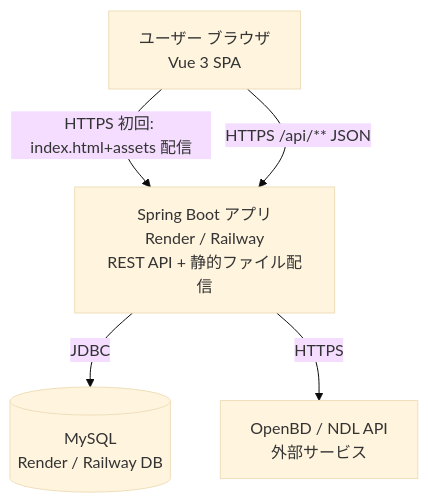
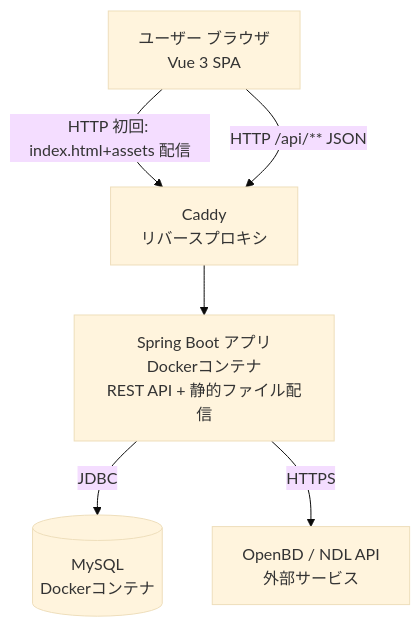
Before and after one commit to ichi-269/Bukuro: the diagram in docs/architecture.md, drawn with Mermaid (base theme). The commit also changed other lines of this file and 17 other files, not shown here.

````diff
--- a/docs/architecture.md
+++ b/docs/architecture.md
@@ -97,12 +97,14 @@
 ```mermaid
 graph TB
     Browser[ユーザー ブラウザ<br/>Vue 3 SPA]
-    App[Spring Boot アプリ<br/>Render / Railway<br/>REST API + 静的ファイル配信]
-    DB[(MySQL<br/>Render / Railway DB)]
+    Caddy[Caddy<br/>リバースプロキシ]
+    App[Spring Boot アプリ<br/>Dockerコンテナ<br/>REST API + 静的ファイル配信]
+    DB[(MySQL<br/>Dockerコンテナ)]
     OpenBD[OpenBD / NDL API<br/>外部サービス]
 
-    Browser -->|HTTPS 初回: index.html+assets 配信| App
-    Browser -->|HTTPS /api/** JSON| App
+    Browser -->|HTTP 初回: index.html+assets 配信| Caddy
+    Browser -->|HTTP /api/** JSON| Caddy
+    Caddy --> App
     App -->|JDBC| DB
     App -->|HTTPS| OpenBD
 ```
````
